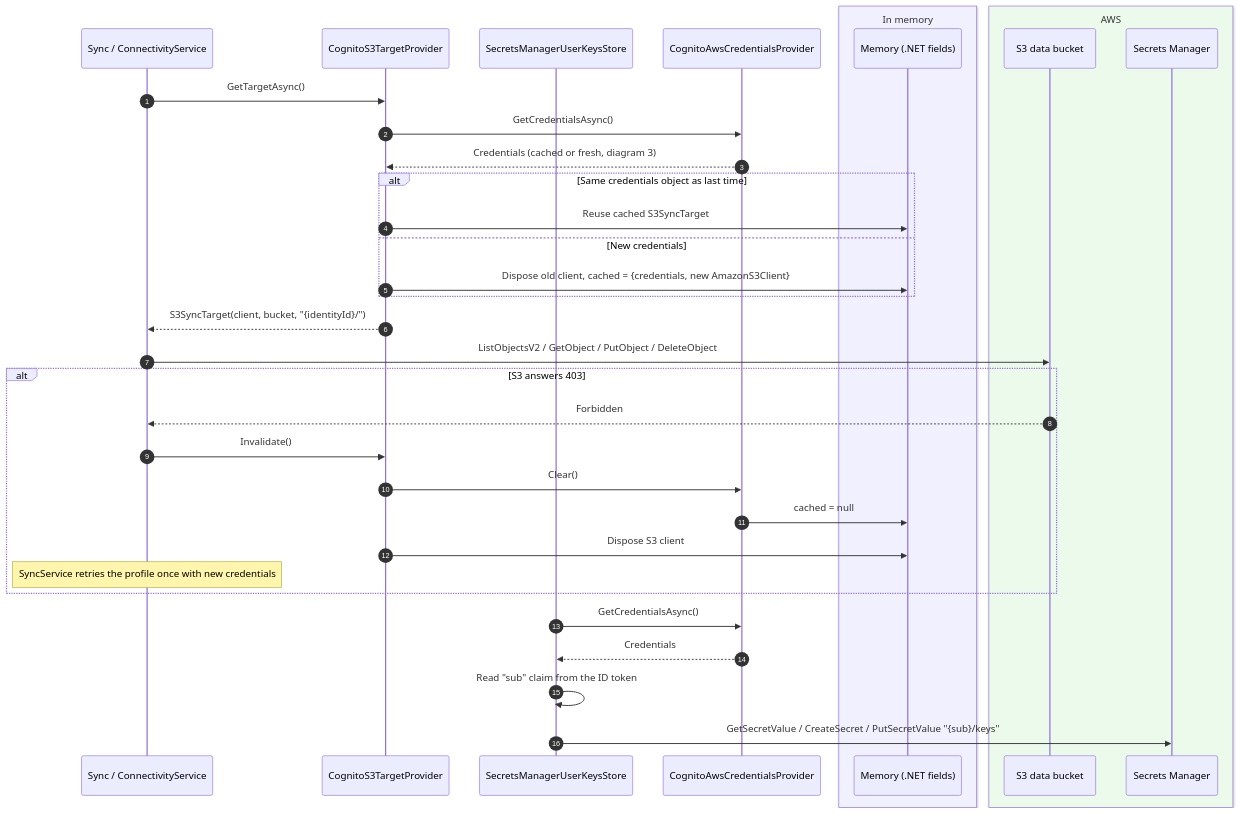
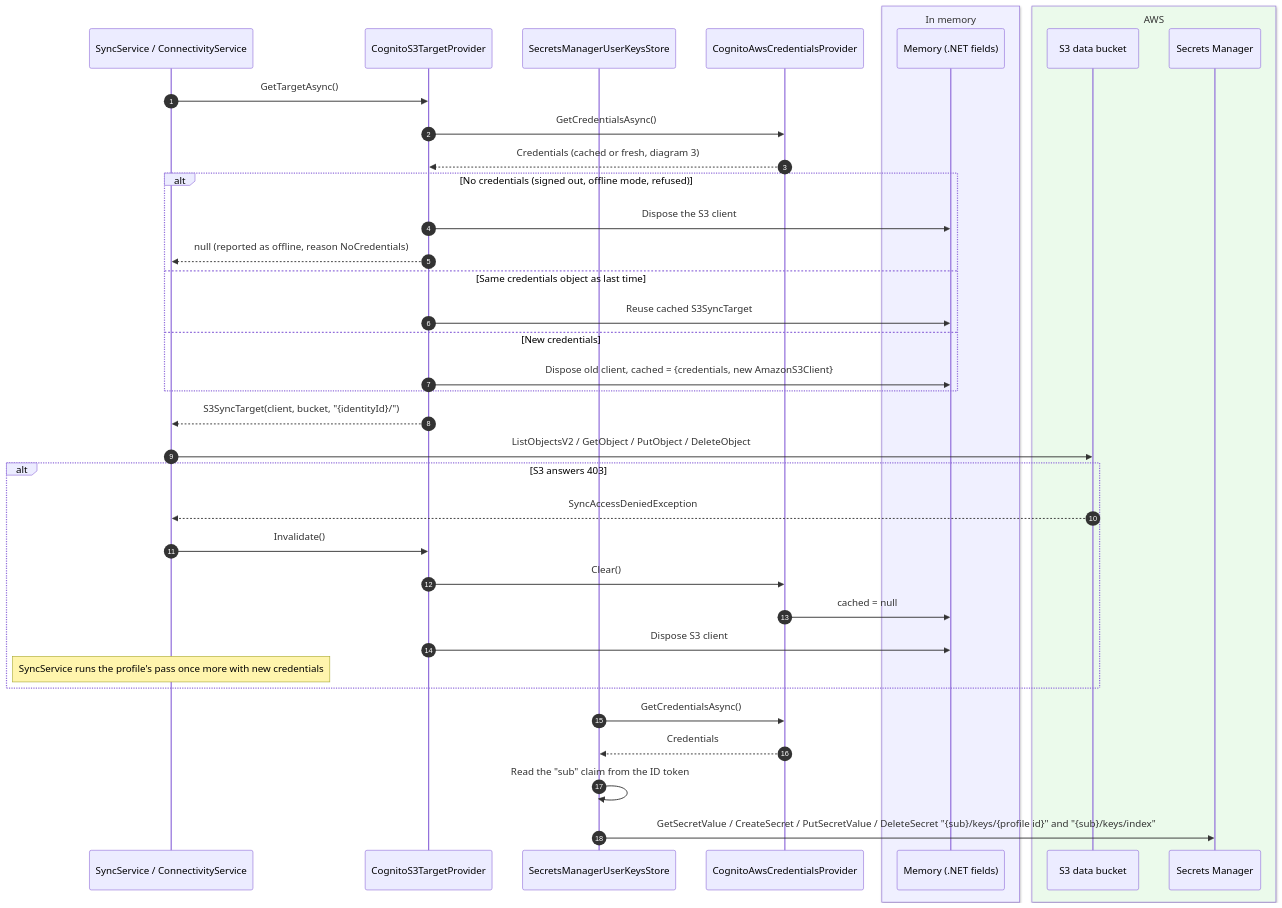
Before and after one commit to devoctomy/blazwiz: the fourth of 7 diagrams in docs/diagrams/authentication.md, drawn with Mermaid. The commit also changed other lines of this file and 9 other files, not shown here.

First line of the commit message:
chore: update to documents / diagrams and agents (#17)

````diff
--- a/docs/diagrams/authentication.md
+++ b/docs/diagrams/authentication.md
@@ -200,40 +211,43 @@
 ```mermaid
 sequenceDiagram
     autonumber
-    participant Sync as Sync / ConnectivityService
+    participant Sync as SyncService / ConnectivityService
     participant Target as CognitoS3TargetProvider
     participant Keys as SecretsManagerUserKeysStore
     participant Creds as CognitoAwsCredentialsProvider
     box rgb(240,240,255) In memory
         participant Mem as Memory (.NET fields)
     end
     box rgb(235,250,235) AWS
         participant S3 as S3 data bucket
         participant SM as Secrets Manager
     end
 
     Sync->>Target: GetTargetAsync()
     Target->>Creds: GetCredentialsAsync()
     Creds-->>Target: Credentials (cached or fresh, diagram 3)
-    alt Same credentials object as last time
+    alt No credentials (signed out, offline mode, refused)
+        Target->>Mem: Dispose the S3 client
+        Target-->>Sync: null (reported as offline, reason NoCredentials)
+    else Same credentials object as last time
         Target->>Mem: Reuse cached S3SyncTarget
     else New credentials
         Target->>Mem: Dispose old client, cached = {credentials, new AmazonS3Client}
     end
     Target-->>Sync: S3SyncTarget(client, bucket, "{identityId}/")
     Sync->>S3: ListObjectsV2 / GetObject / PutObject / DeleteObject
 
     alt S3 answers 403
-        S3-->>Sync: Forbidden
+        S3-->>Sync: SyncAccessDeniedException
         Sync->>Target: Invalidate()
         Target->>Creds: Clear()
         Creds->>Mem: cached = null
         Target->>Mem: Dispose S3 client
-        Note over Sync: SyncService retries the profile once with new credentials
+        Note over Sync: SyncService runs the profile's pass once more with new credentials
     end
 
     Keys->>Creds: GetCredentialsAsync()
     Creds-->>Keys: Credentials
-    Keys->>Keys: Read "sub" claim from the ID token
-    Keys->>SM: GetSecretValue / CreateSecret / PutSecretValue "{sub}/keys"
+    Keys->>Keys: Read the "sub" claim from the ID token
+    Keys->>SM: GetSecretValue / CreateSecret / PutSecretValue / DeleteSecret "{sub}/keys/{profile id}" and "{sub}/keys/index"
 ```
````
